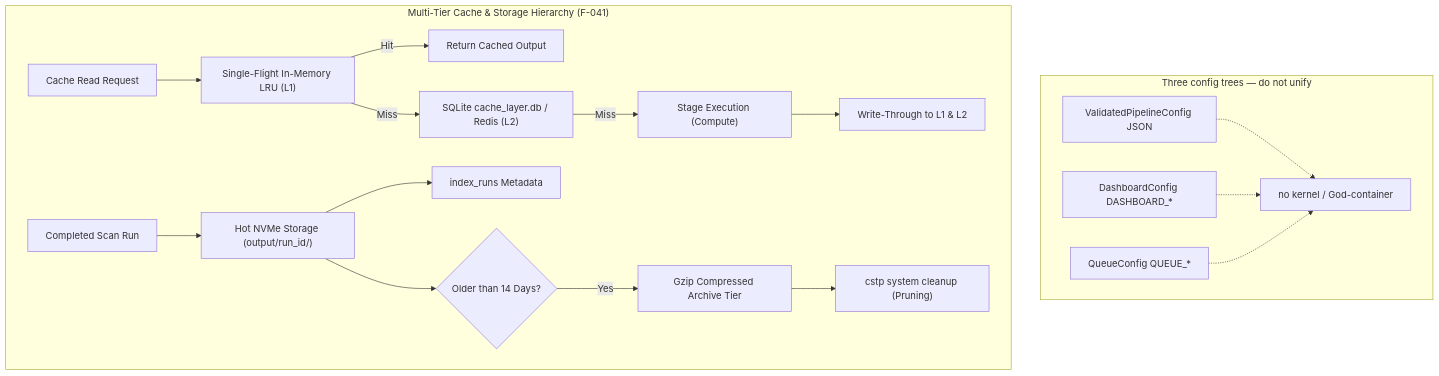
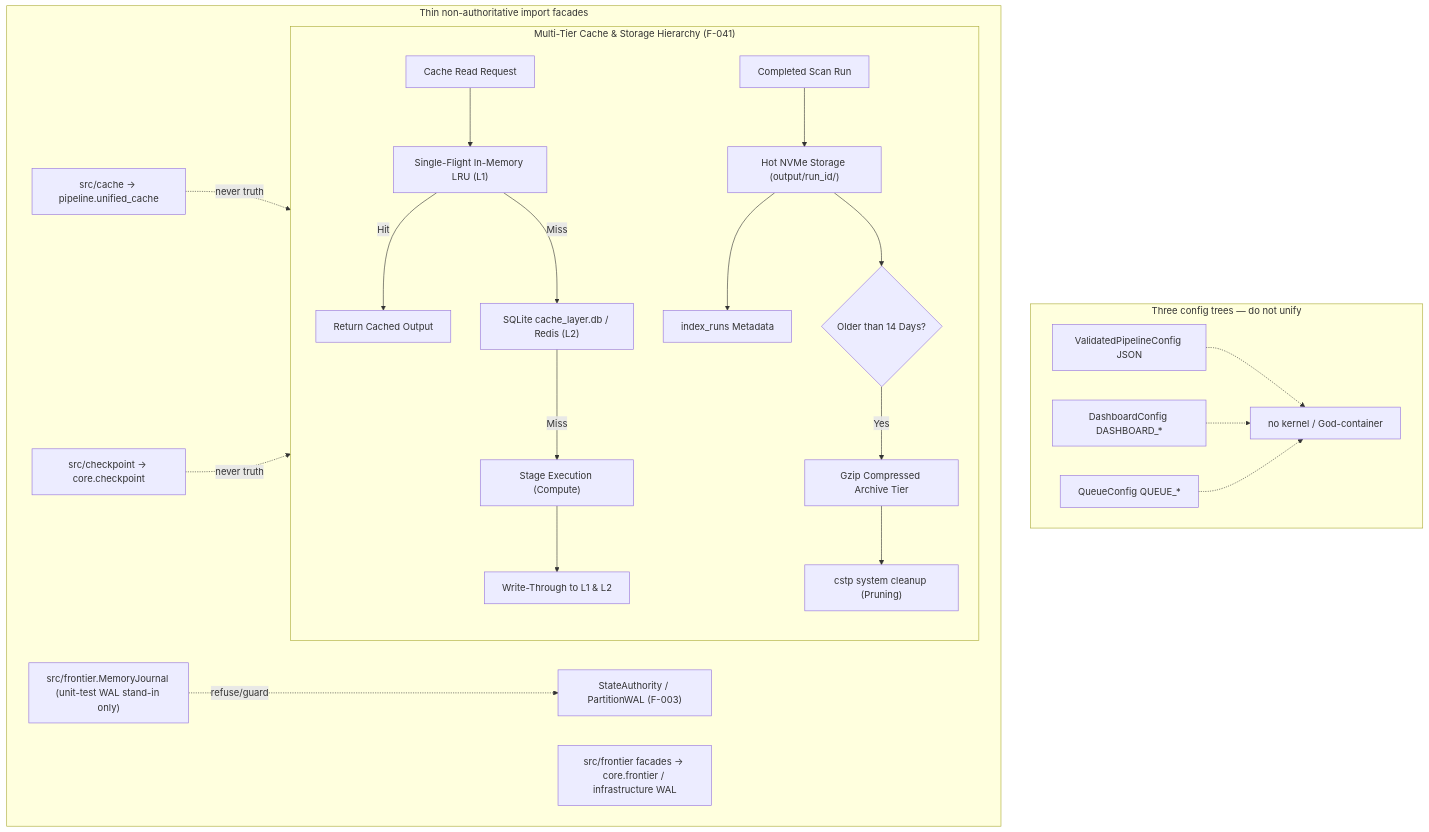
Diagram 14 of 15 in docs/flowchart.md (AviralGup7/Singularity-Zero), drawn with Mermaid before and after one commit. The commit also changed other lines of this file, not shown here.

````diff
--- a/docs/flowchart.md
+++ b/docs/flowchart.md
@@ -862,24 +877,34 @@
 ```mermaid
 flowchart TD
     subgraph Config["Three config trees — do not unify"]
         ScanCfg["ValidatedPipelineConfig JSON"]:::impl
         DashCfg["DashboardConfig DASHBOARD_*"]:::impl
         QueueCfg["QueueConfig QUEUE_*"]:::impl
         ScanCfg -.-> NoGod["no kernel / God-container"]:::forbidden
         DashCfg -.-> NoGod
         QueueCfg -.-> NoGod
     end
 
     subgraph MultiTierCache["Multi-Tier Cache & Storage Hierarchy (F-041)"]
         Call["Cache Read Request"]:::impl --> SF["Single-Flight In-Memory LRU (L1)"]:::impl
         SF -->|Hit| Return["Return Cached Output"]:::impl
         SF -->|Miss| Persist["SQLite cache_layer.db / Redis (L2)"]:::impl
         Persist -->|Miss| Origin["Stage Execution (Compute)"]:::impl
         Origin --> Write["Write-Through to L1 & L2"]:::impl
         Done["Completed Scan Run"]:::impl --> Hot["Hot NVMe Storage (output/run_id/)"]:::impl
         Hot --> Index["index_runs Metadata"]:::impl
         Hot --> PruneCheck{"Older than 14 Days?"}:::impl
         PruneCheck -->|Yes| Arch["Gzip Compressed Archive Tier"]:::impl
         Arch --> PruneJob["cstp system cleanup (Pruning)"]:::impl
     end
+
+    subgraph Facades["Thin non-authoritative import facades"]
+        CacheFacade["src/cache → pipeline.unified_cache"]:::library
+        CkptFacade["src/checkpoint → core.checkpoint"]:::library
+        FrontFacade["src/frontier facades → core.frontier / infrastructure WAL"]:::library
+        MemJ["src/frontier.MemoryJournal (unit-test WAL stand-in only)"]:::vacuous
+        CacheFacade -.->|never truth| MultiTierCache
+        CkptFacade -.->|never truth| MultiTierCache
+        MemJ -.->|refuse/guard| AuthPlane["StateAuthority / PartitionWAL (F-003)"]:::forbidden
+    end
 ```
````
